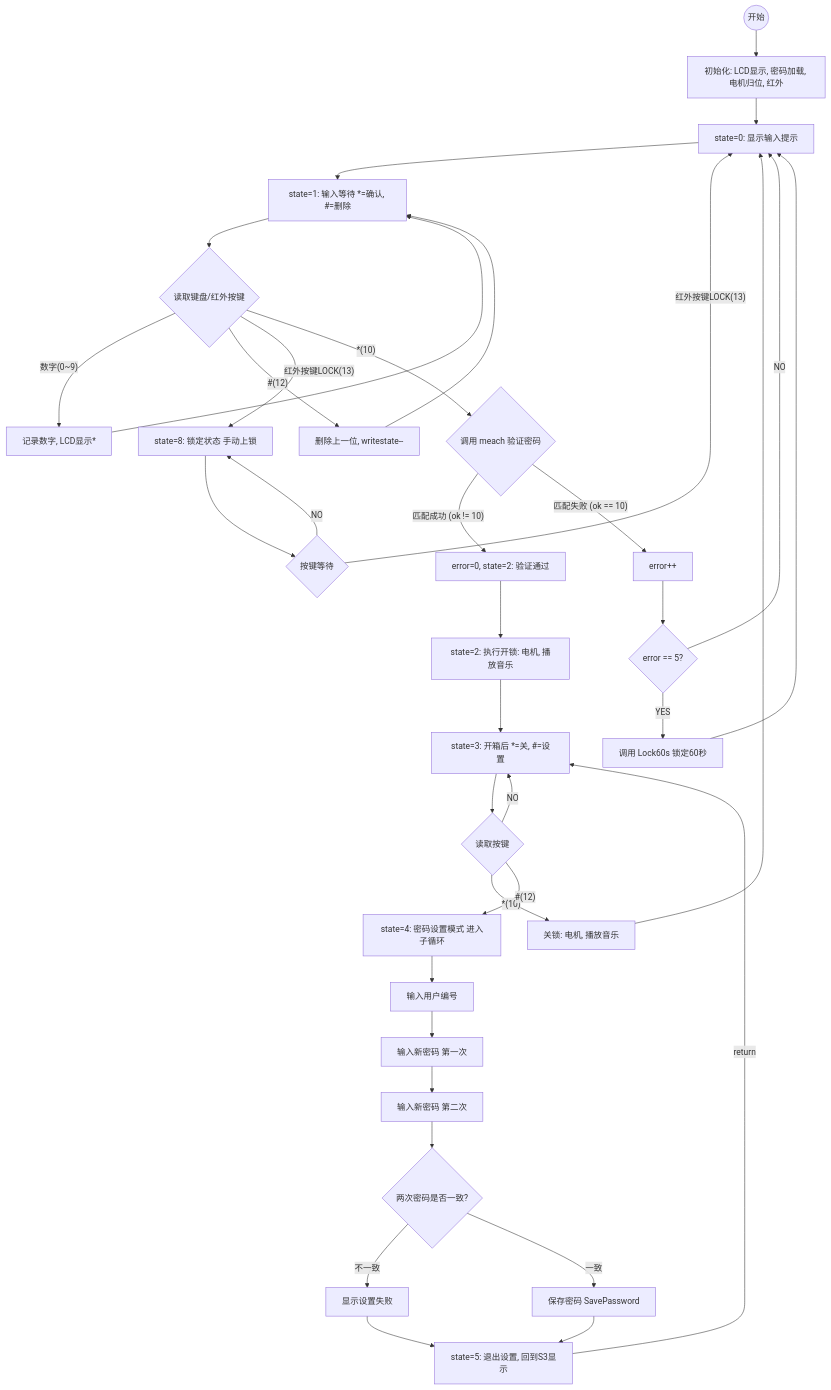
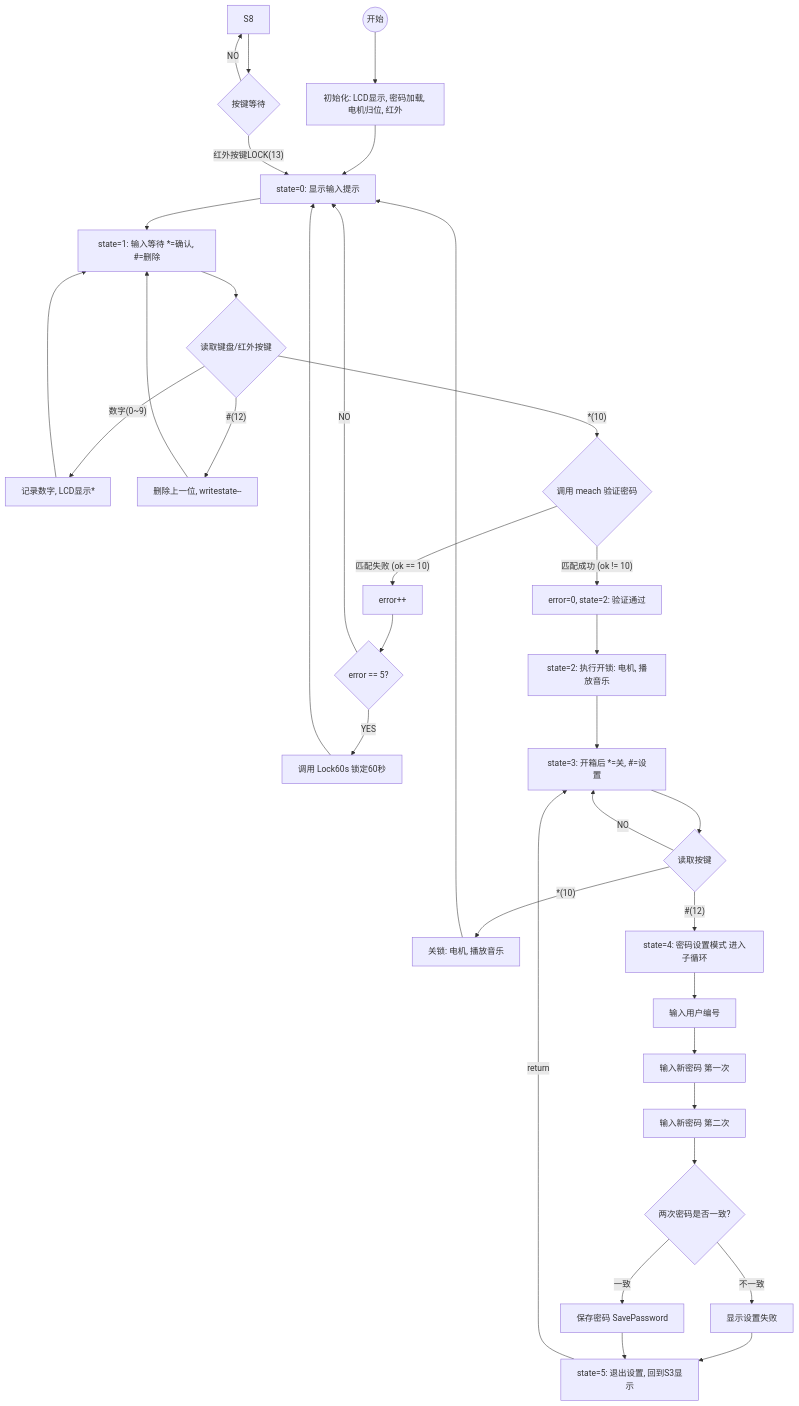
The diagram in all/未命名-1.md (ksxyh-22/iodraw-files), drawn with Mermaid before and after one commit.

Commit message:
2025-10-11 11:12:31 update

````diff
--- a/all/未命名-1.md
+++ b/all/未命名-1.md
@@ -1,67 +1,67 @@
 ```mermaid
 graph TD
     %% 状态机主流程
     START((开始)) --> INIT[初始化: LCD显示, 密码加载, 电机归位, 红外];
     INIT --> S0[state=0: 显示输入提示];
 
     %% 状态 1: 密码输入与验证
     S0 --> S1[state=1: 输入等待 *=确认, #=删除];
     
     S1 --> INPUT{读取键盘/红外按键};
     
     INPUT -- 数字(0~9) --> DIGIT[记录数字, LCD显示*];
     DIGIT --> S1;
 
     INPUT -- #(12) --> DELETE[删除上一位, writestate--];
     DELETE --> S1;
 
-    INPUT -- 红外按键LOCK(13) --> S8[state=8: 锁定状态 手动上锁];
+    
     
     INPUT -- *(10) --> VERIFY{调用 meach 验证密码};
     
     VERIFY -- 匹配成功 (ok != 10) --> S2_SUCCESS[error=0, state=2: 验证通过];
     
     VERIFY -- 匹配失败 (ok == 10) --> ERROR_COUNT[error++];
     
     ERROR_COUNT --> CHECK_ERRORS{error == 5?};
     
     CHECK_ERRORS -- NO --> S0;
 
     CHECK_ERRORS -- YES --> LOCK_60s[调用 Lock60s 锁定60秒];
     LOCK_60s --> S0;
 
     %% 状态 2, 3, 5: 开锁后的操作
     S2_SUCCESS --> S2_OPEN[state=2: 执行开锁: 电机, 播放音乐];
     S2_OPEN --> S3[state=3: 开箱后 *=关, #=设置];
 
     S3 --> POST_KEY{读取按键};
     
     POST_KEY -- NO --> S3;
     
     POST_KEY -- *(10) --> S3_CLOSE[关锁: 电机, 播放音乐];
     S3_CLOSE --> S0;
     
     POST_KEY -- #(12) --> S4[state=4: 密码设置模式 进入子循环];
 
     %% 状态 4: 密码设置
     S4 --> S4_USER[输入用户编号];
     S4_USER --> S4_PASS1[输入新密码 第一次];
     S4_PASS1 --> S4_PASS2[输入新密码 第二次];
 
     S4_PASS2 --> S4_CHECK{两次密码是否一致?};
     
     S4_CHECK -- 不一致 --> S4_FAIL[显示设置失败];
     S4_FAIL --> S5[state=5: 退出设置, 回到S3显示];
 
     S4_CHECK -- 一致 --> S4_SAVE[保存密码 SavePassword];
     S4_SAVE --> S5;
     
     S5 -- return --> S3; 
     %% 回到开箱后状态的显示
 
     %% 状态 8: 锁定状态 (手动)
     S8 --> S8_WAIT{按键等待};
     
     S8_WAIT -- NO --> S8;
     S8_WAIT -- 红外按键LOCK(13) --> S0;
 ```
````
